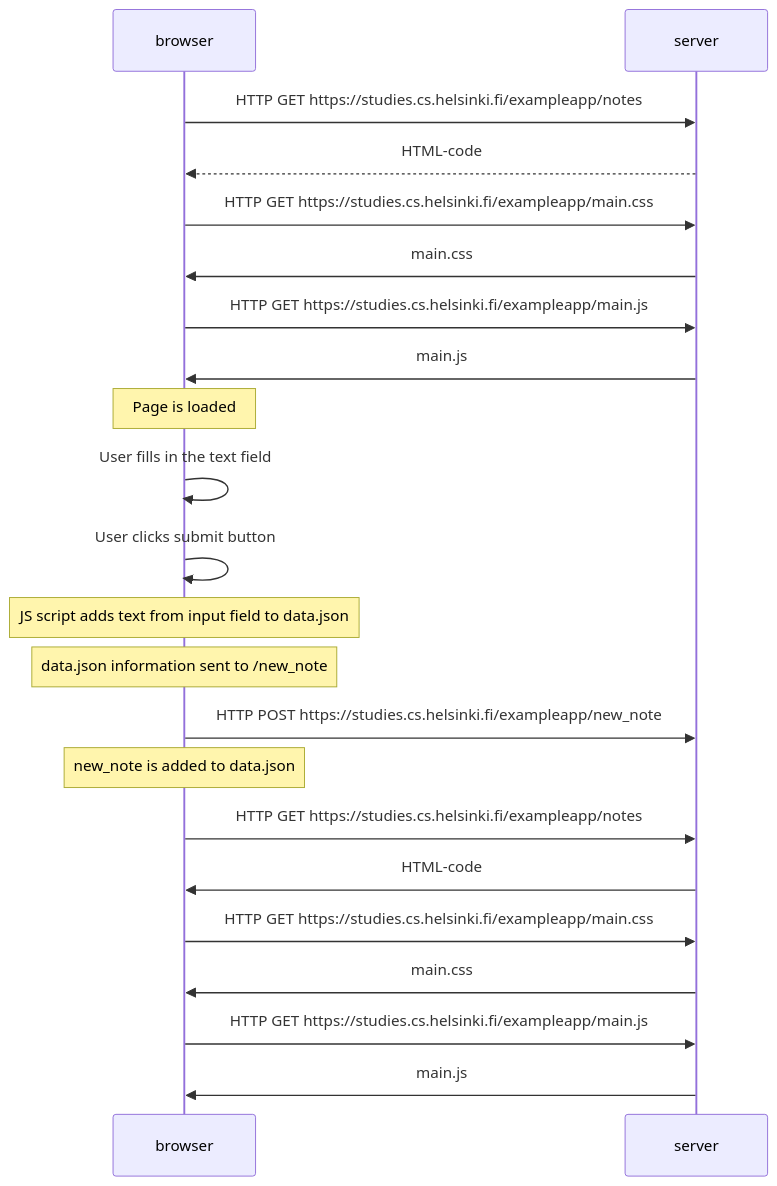
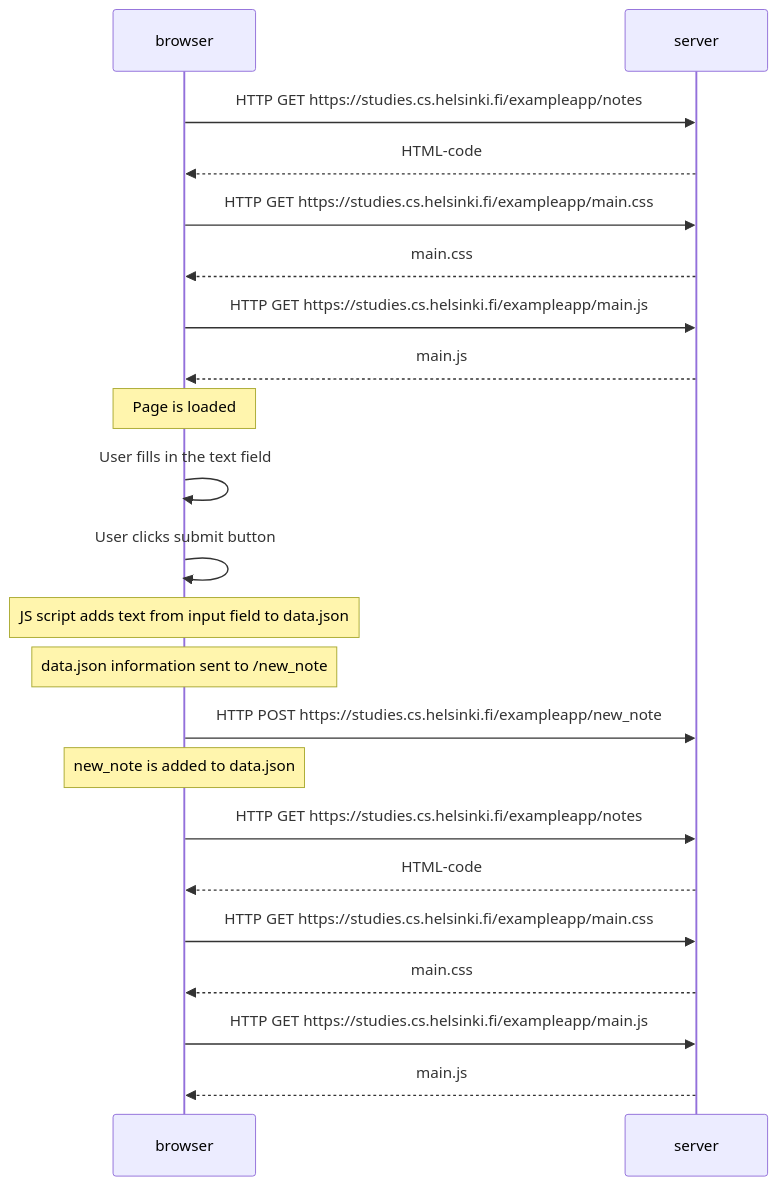
The diagram in part0/0.4: New note diagram.md (simon-archer/fullstack), drawn with Mermaid before and after one commit.

Commit message:
Update 0.4: New note diagram.md

````diff
--- a/part0/0.4: New note diagram.md
+++ b/part0/0.4: New note diagram.md
@@ -5,24 +5,24 @@
 ```mermaid
 sequenceDiagram
     participant browser
     participant server
     browser->>server: HTTP GET https://studies.cs.helsinki.fi/exampleapp/notes
     server-->>browser: HTML-code
     browser->>server: HTTP GET https://studies.cs.helsinki.fi/exampleapp/main.css
-    server->>browser: main.css
+    server-->>browser: main.css
     browser->>server: HTTP GET https://studies.cs.helsinki.fi/exampleapp/main.js
-    server->>browser: main.js
+    server-->>browser: main.js
     Note over browser: Page is loaded
     browser->>browser: User fills in the text field
     browser->>browser: User clicks submit button
     Note over browser: JS script adds text from input field to data.json
     Note over browser: data.json information sent to /new_note
     browser->>server: HTTP POST https://studies.cs.helsinki.fi/exampleapp/new_note
     Note over browser: new_note is added to data.json 
     browser->>server: HTTP GET https://studies.cs.helsinki.fi/exampleapp/notes
-    server->>browser: HTML-code
+    server-->>browser: HTML-code
     browser->>server: HTTP GET https://studies.cs.helsinki.fi/exampleapp/main.css
-    server->>browser: main.css
+    server-->>browser: main.css
     browser->>server: HTTP GET https://studies.cs.helsinki.fi/exampleapp/main.js
-    server->>browser: main.js
+    server-->>browser: main.js
 ```
````
